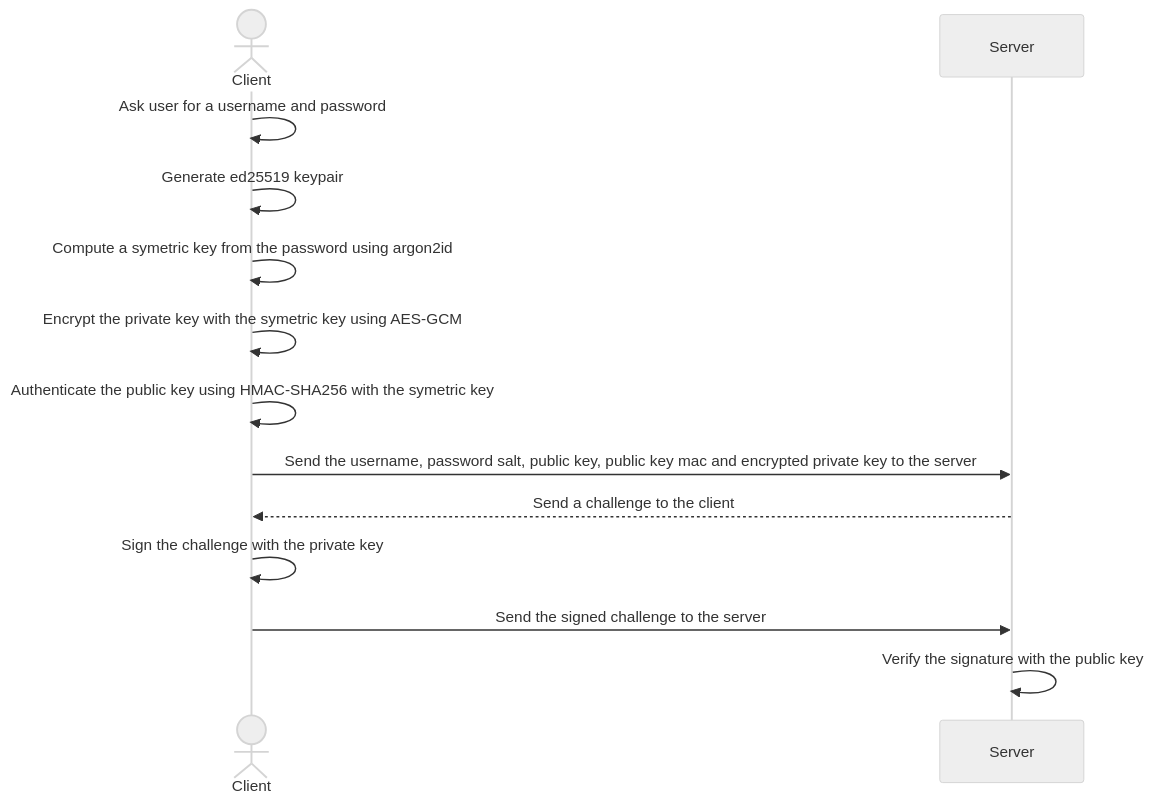
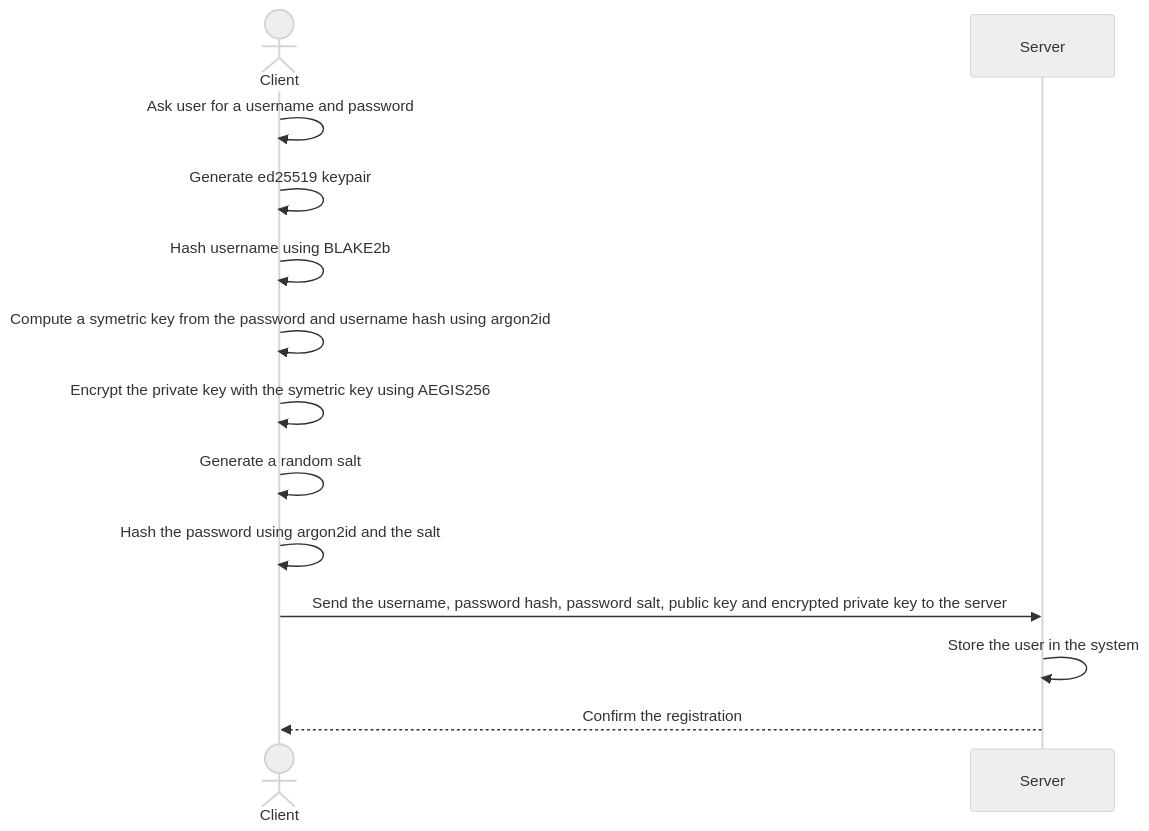
Before and after one commit to DACC4/effective-octo-system: the diagram in doc/project_mermaid/user_registration.mmd, drawn with Mermaid (neutral theme). The commit also changed 27 other files, not shown here.

```diff
--- a/doc/project_mermaid/user_registration.mmd
+++ b/doc/project_mermaid/user_registration.mmd
@@ -1,14 +1,16 @@
 sequenceDiagram
     actor C as Client
     participant S as Server
 
     C->>C: Ask user for a username and password
     C->>C: Generate ed25519 keypair
-    C->>C: Compute a symetric key from the password using argon2id
-    C->>C: Encrypt the private key with the symetric key using AES-GCM
-    C->>C: Authenticate the public key using HMAC-SHA256 with the symetric key
-    C->>S: Send the username, password salt, public key, public key mac and encrypted private key to the server
-    S-->>C: Send a challenge to the client
-    C->>C: Sign the challenge with the private key
-    C->>S: Send the signed challenge to the server
-    S->>S: Verify the signature with the public key
+    C->>C: Hash username using BLAKE2b
+    C->>C: Compute a symetric key from the password and username hash using argon2id
+    C->>C: Encrypt the private key with the symetric key using AEGIS256
+    
+    C->>C: Generate a random salt
+    C->>C: Hash the password using argon2id and the salt
+
+    C->>S: Send the username, password hash, password salt, public key and encrypted private key to the server
+    S->>S: Store the user in the system
+    S-->>C: Confirm the registration
```
